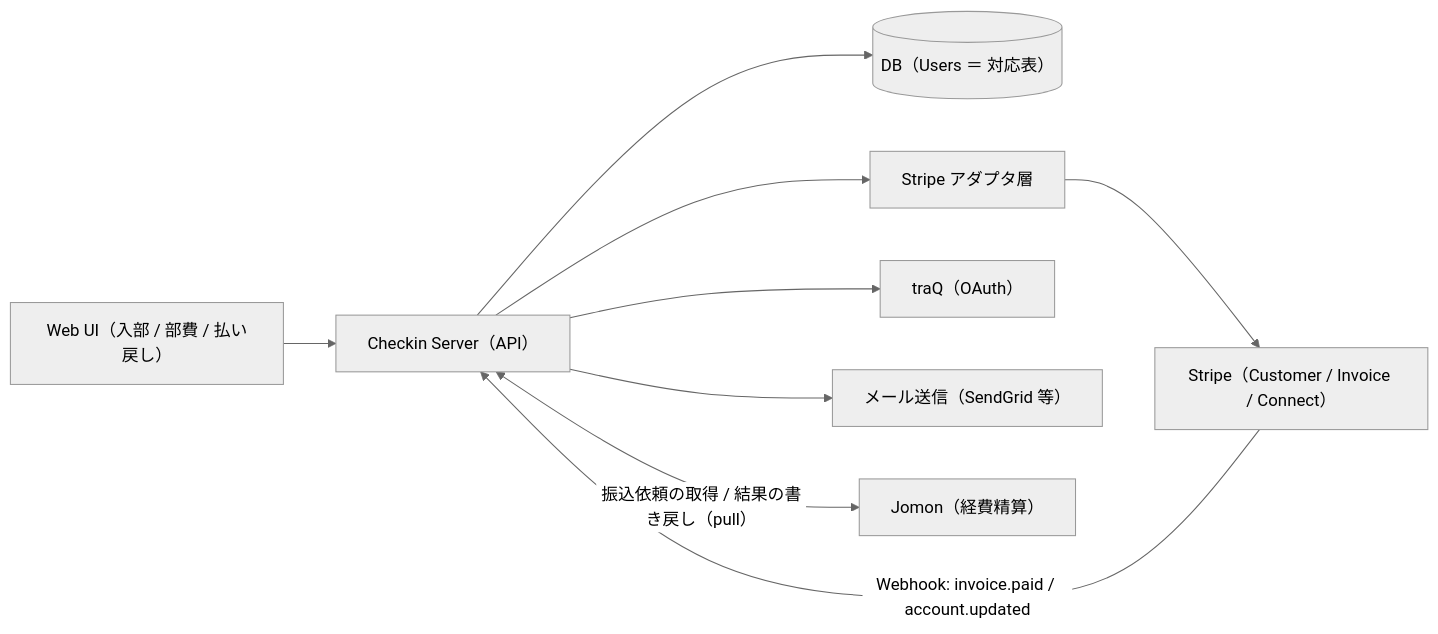
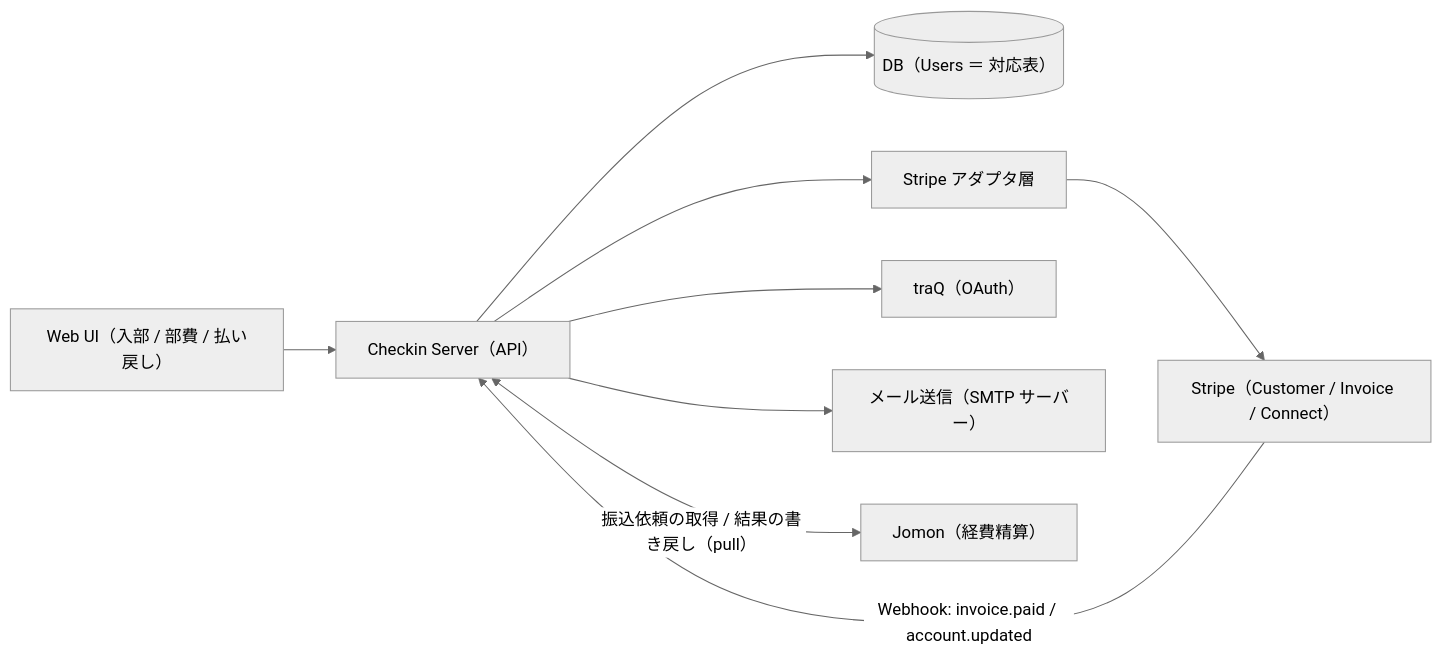
The first of 5 diagrams in design.md (traPtitech/Checkin), drawn with Mermaid (neutral theme) before and after one commit. The commit also changed 11 other files, not shown here.

````diff
--- a/design.md
+++ b/design.md
@@ -32,20 +32,20 @@
 ```mermaid
 flowchart LR
     UI["Web UI（入部 / 部費 / 払い戻し）"]
     API["Checkin Server（API）"]
     DB[("DB（Users ＝ 対応表）")]
     ADP["Stripe アダプタ層"]
     TRAQ["traQ（OAuth）"]
-    MAIL["メール送信（SendGrid 等）"]
+    MAIL["メール送信（SMTP サーバー）"]
     STRIPE["Stripe（Customer / Invoice / Connect）"]
     JOMON["Jomon（経費精算）"]
 
     UI --> API
     API --> DB
     API --> TRAQ
     API --> MAIL
     API --> ADP
     ADP --> STRIPE
     API <-->|"振込依頼の取得 / 結果の書き戻し（pull）"| JOMON
     STRIPE -->|"Webhook: invoice.paid / account.updated"| API
 ```
````
